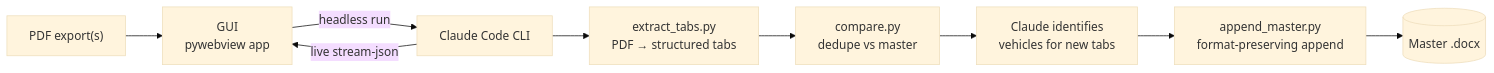
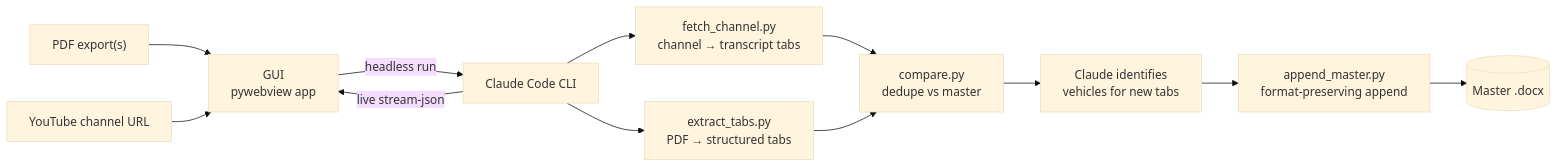
The diagram in README.md (kabeermahmood/script-index-updater), drawn with Mermaid (base theme) before and after one commit. The commit also changed other lines of this file and 5 other files, not shown here.

Commit message:
Add YouTube channel mode: bulk transcript fetch and indexing

````diff
--- a/README.md
+++ b/README.md
@@ -33,11 +34,14 @@
 ```mermaid
 flowchart LR
     A["PDF export(s)"] --> B[GUI<br/>pywebview app]
+    A2["YouTube channel URL"] --> B
     B -->|headless run| C[Claude Code CLI]
     C --> D[extract_tabs.py<br/>PDF → structured tabs]
+    C --> D2[fetch_channel.py<br/>channel → transcript tabs]
+    D2 --> E
     D --> E[compare.py<br/>dedupe vs master]
     E --> F[Claude identifies<br/>vehicles for new tabs]
     F --> G[append_master.py<br/>format-preserving append]
     G --> H[(Master .docx)]
     C -->|live stream-json| B
 ```
````
